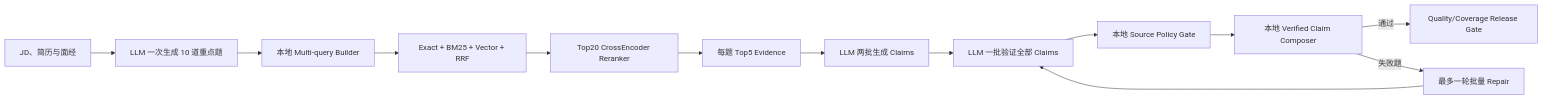
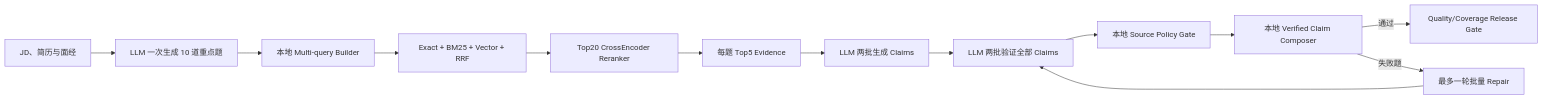
The diagram in docs/ARCHITECTURE.md (Yonhen233/CareerAgent), drawn with Mermaid before and after one commit. The commit also changed other lines of this file and 9 other files, not shown here.

````diff
--- a/docs/ARCHITECTURE.md
+++ b/docs/ARCHITECTURE.md
@@ -65,15 +65,15 @@
 ```mermaid
 flowchart LR
     A["JD、简历与面经"] --> B["LLM 一次生成 10 道重点题"]
     B --> C["本地 Multi-query Builder"]
     C --> D["Exact + BM25 + Vector + RRF"]
     D --> E["Top20 CrossEncoder Reranker"]
     E --> F["每题 Top5 Evidence"]
     F --> G["LLM 两批生成 Claims"]
-    G --> H["LLM 一批验证全部 Claims"]
+    G --> H["LLM 两批验证全部 Claims"]
     H --> I["本地 Source Policy Gate"]
     I --> J["本地 Verified Claim Composer"]
     J -->|"通过"| K["Quality/Coverage Release Gate"]
     J -->|"失败题"| L["最多一轮批量 Repair"]
     L --> H
 ```
````
